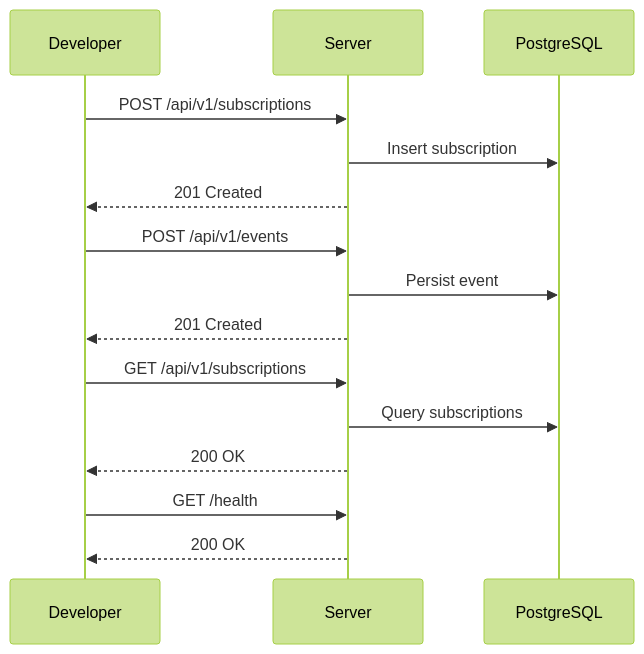
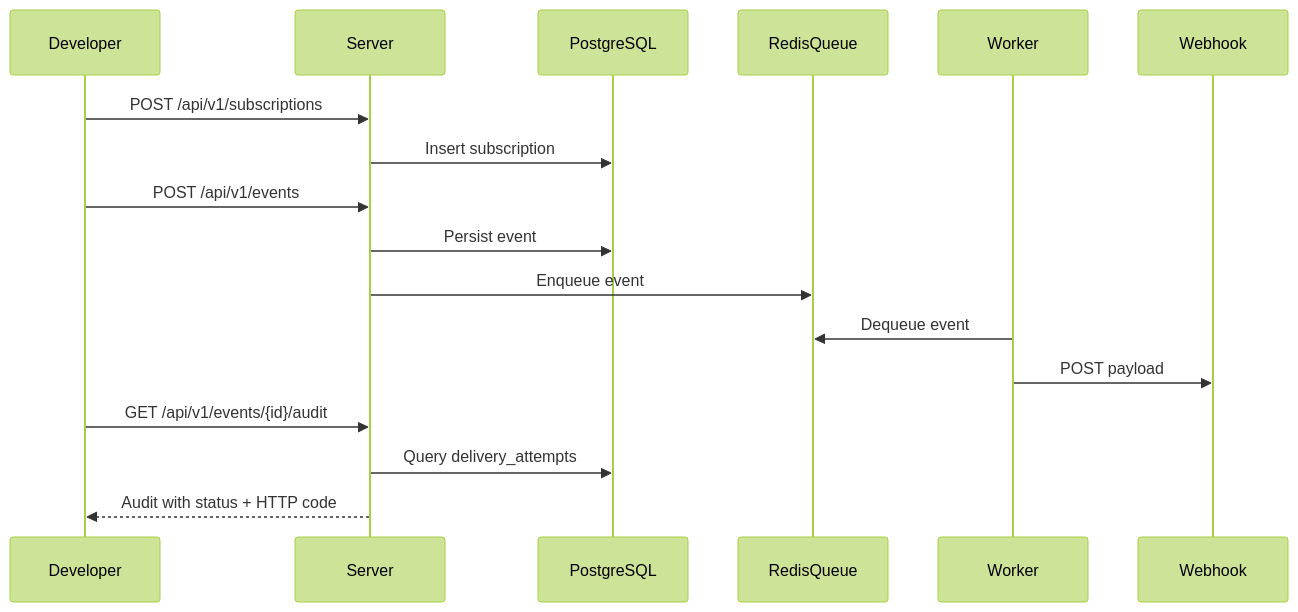
Before and after one commit to shwetaudacious/event-fanout: the diagram in docs/getting-started.md, drawn with Mermaid (forest theme). The commit also changed other lines of this file and 29 other files, not shown here.

````diff
--- a/docs/getting-started.md
+++ b/docs/getting-started.md
@@ -162,18 +134,20 @@
 ```mermaid
 sequenceDiagram
     participant Dev as Developer
     participant API as Server
     participant DB as PostgreSQL
+    participant Redis as RedisQueue
+    participant Worker
+    participant Webhook
 
     Dev->>API: POST /api/v1/subscriptions
     API->>DB: Insert subscription
-    API-->>Dev: 201 Created
     Dev->>API: POST /api/v1/events
     API->>DB: Persist event
-    API-->>Dev: 201 Created
-    Dev->>API: GET /api/v1/subscriptions
-    API->>DB: Query subscriptions
-    API-->>Dev: 200 OK
-    Dev->>API: GET /health
-    API-->>Dev: 200 OK
+    API->>Redis: Enqueue event
+    Worker->>Redis: Dequeue event
+    Worker->>Webhook: POST payload
+    Dev->>API: GET /api/v1/events/{id}/audit
+    API->>DB: Query delivery_attempts
+    API-->>Dev: Audit with status + HTTP code
 ```
````
